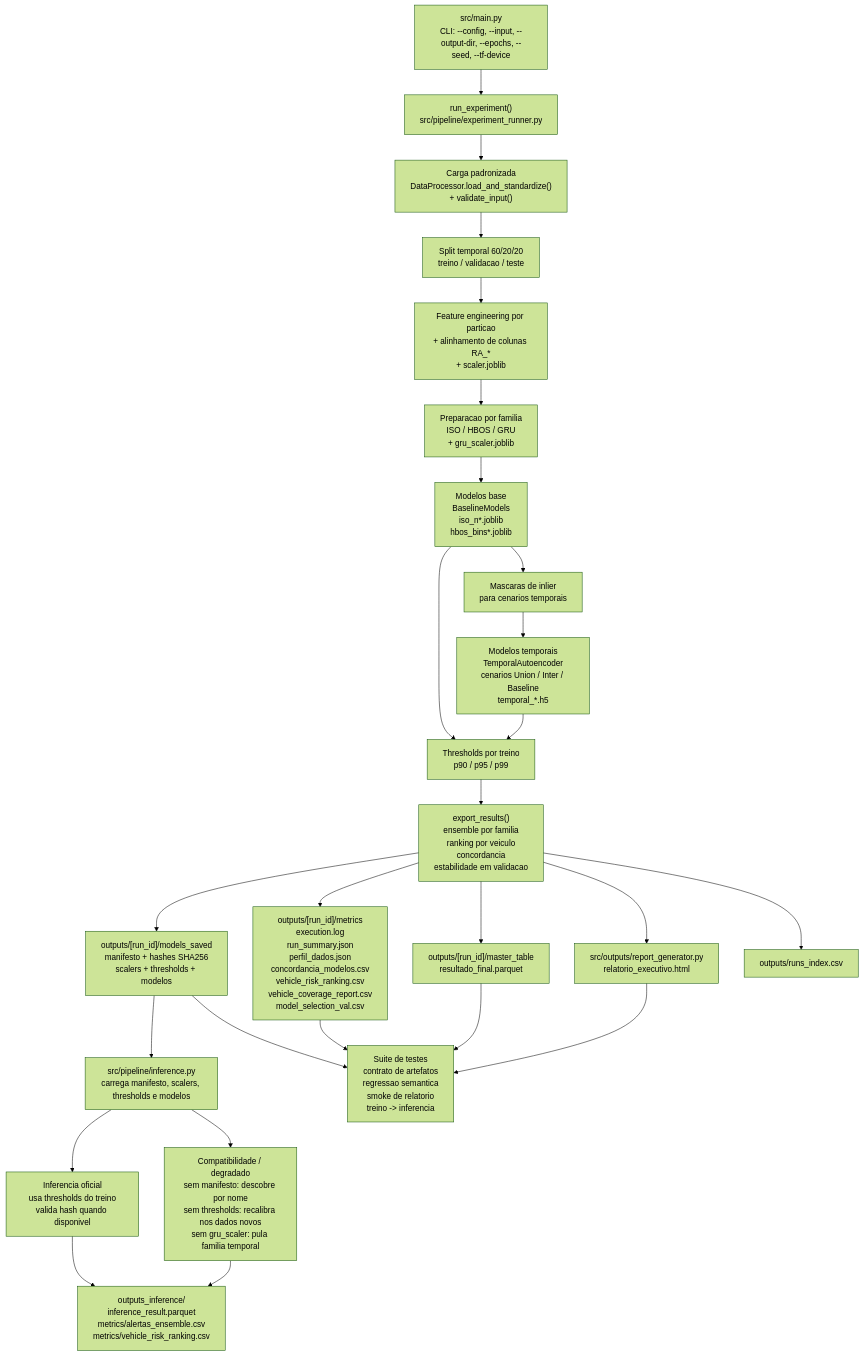
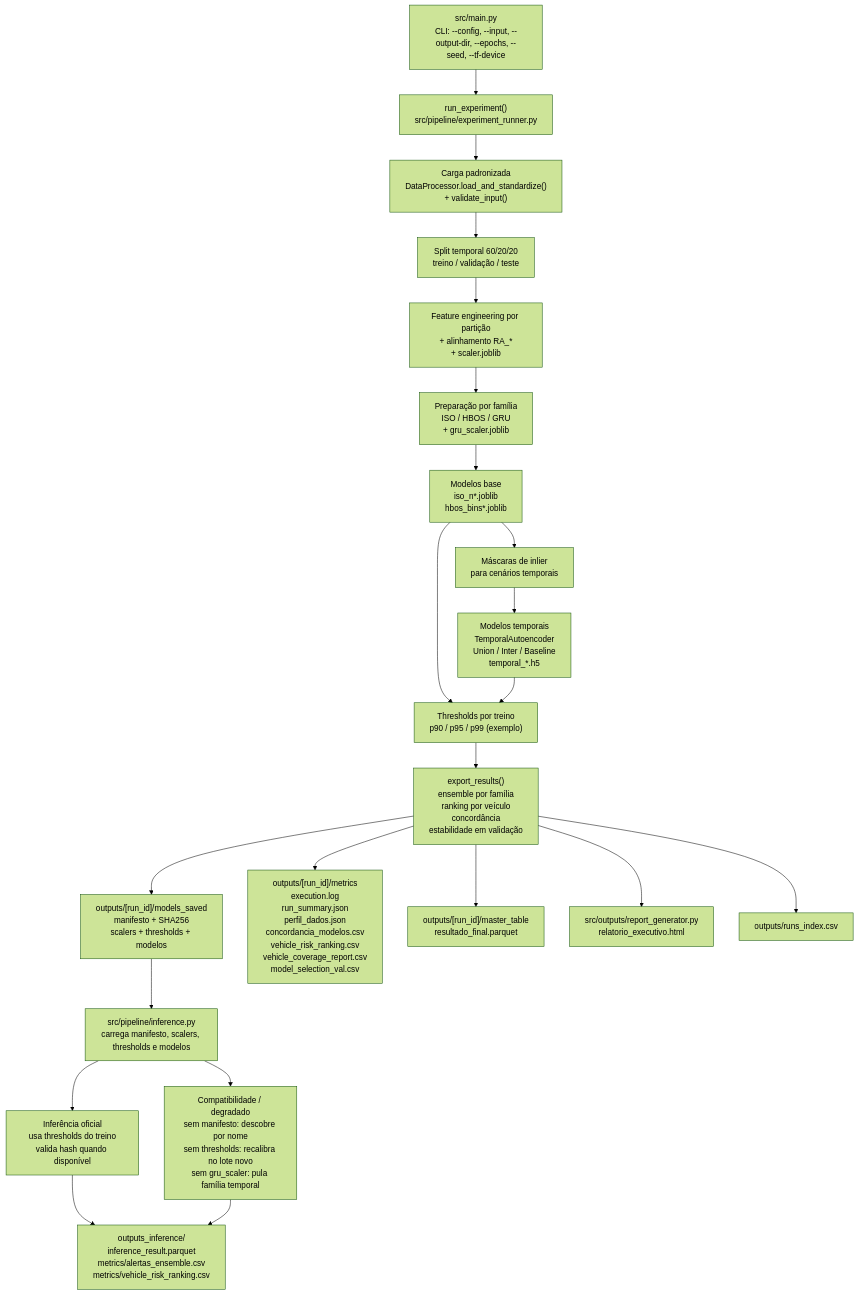
Before and after one commit to Roger-Quinelato/Ensemble_SSP-DF: the diagram in README.md, drawn with Mermaid (forest theme). The commit also changed other lines of this file and 35 other files, not shown here.

````diff
--- a/README.md
+++ b/README.md
@@ -25,34 +72,29 @@
 ```mermaid
 flowchart TD
     A["src/main.py<br/>CLI: --config, --input, --output-dir, --epochs, --seed, --tf-device"] --> B["run_experiment()<br/>src/pipeline/experiment_runner.py"]
 
     B --> C["Carga padronizada<br/>DataProcessor.load_and_standardize()<br/>+ validate_input()"]
-    C --> D["Split temporal 60/20/20<br/>treino / validacao / teste"]
-    D --> E["Feature engineering por particao<br/>+ alinhamento de colunas RA_*<br/>+ scaler.joblib"]
-    E --> F["Preparacao por familia<br/>ISO / HBOS / GRU<br/>+ gru_scaler.joblib"]
+    C --> D["Split temporal 60/20/20<br/>treino / validação / teste"]
+    D --> E["Feature engineering por partição<br/>+ alinhamento RA_*<br/>+ scaler.joblib"]
+    E --> F["Preparação por família<br/>ISO / HBOS / GRU<br/>+ gru_scaler.joblib"]
 
-    F --> G["Modelos base<br/>BaselineModels<br/>iso_n*.joblib<br/>hbos_bins*.joblib"]
-    G --> H["Thresholds por treino<br/>p90 / p95 / p99"]
-    G --> I["Mascaras de inlier<br/>para cenarios temporais"]
+    F --> G["Modelos base<br/>iso_n*.joblib<br/>hbos_bins*.joblib"]
+    G --> H["Thresholds por treino<br/>p90 / p95 / p99 (exemplo)"]
+    G --> I["Máscaras de inlier<br/>para cenários temporais"]
 
-    I --> J["Modelos temporais<br/>TemporalAutoencoder<br/>cenarios Union / Inter / Baseline<br/>temporal_*.h5"]
+    I --> J["Modelos temporais<br/>TemporalAutoencoder<br/>Union / Inter / Baseline<br/>temporal_*.h5"]
     J --> H
 
-    H --> K["export_results()<br/>ensemble por familia<br/>ranking por veiculo<br/>concordancia<br/>estabilidade em validacao"]
-    K --> L["outputs/[run_id]/models_saved<br/>manifesto + hashes SHA256<br/>scalers + thresholds + modelos"]
+    H --> K["export_results()<br/>ensemble por família<br/>ranking por veículo<br/>concordância<br/>estabilidade em validação"]
+    K --> L["outputs/[run_id]/models_saved<br/>manifesto + SHA256<br/>scalers + thresholds + modelos"]
     K --> M["outputs/[run_id]/metrics<br/>execution.log<br/>run_summary.json<br/>perfil_dados.json<br/>concordancia_modelos.csv<br/>vehicle_risk_ranking.csv<br/>vehicle_coverage_report.csv<br/>model_selection_val.csv"]
     K --> N["outputs/[run_id]/master_table<br/>resultado_final.parquet"]
     K --> O["src/outputs/report_generator.py<br/>relatorio_executivo.html"]
     K --> P["outputs/runs_index.csv"]
 
     L --> Q["src/pipeline/inference.py<br/>carrega manifesto, scalers, thresholds e modelos"]
-    Q --> R["Inferencia oficial<br/>usa thresholds do treino<br/>valida hash quando disponivel"]
-    Q --> S["Compatibilidade / degradado<br/>sem manifesto: descobre por nome<br/>sem thresholds: recalibra nos dados novos<br/>sem gru_scaler: pula familia temporal"]
+    Q --> R["Inferência oficial<br/>usa thresholds do treino<br/>valida hash quando disponível"]
+    Q --> S["Compatibilidade / degradado<br/>sem manifesto: descobre por nome<br/>sem thresholds: recalibra no lote novo<br/>sem gru_scaler: pula família temporal"]
     R --> T["outputs_inference/<br/>inference_result.parquet<br/>metrics/alertas_ensemble.csv<br/>metrics/vehicle_risk_ranking.csv"]
     S --> T
-
-    M --> U["Suite de testes<br/>contrato de artefatos<br/>regressao semantica<br/>smoke de relatorio<br/>treino -> inferencia"]
-    L --> U
-    N --> U
-    O --> U
 ```
````
